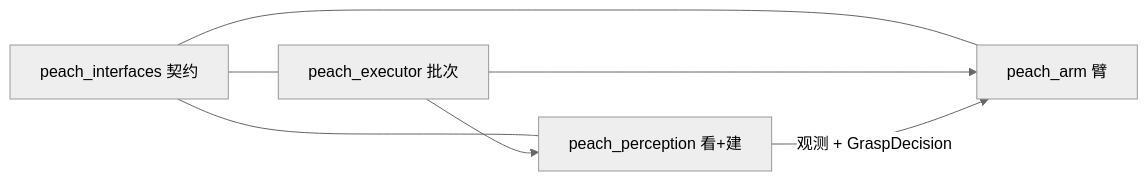
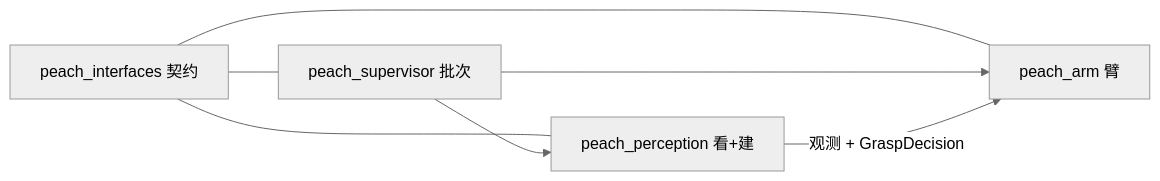
Before and after one commit to MUHAN11-c/aubo_boot: the seventh of 15 diagrams in docs/architecture.md, drawn with Mermaid (neutral theme). The commit also changed other lines of this file and 36 other files, not shown here.

First line of the commit message:
refactor(peach): 阶段6-3 节点改名 peach_executor→peach_supervisor（图名波）

````diff
--- a/docs/architecture.md
+++ b/docs/architecture.md
@@ -417,13 +417,13 @@
 ```mermaid
 flowchart LR
   iface["peach_interfaces 契约"]
   perc["peach_perception 看+建"]
   skills["peach_arm 臂"]
-  exe["peach_executor 批次"]
+  exe["peach_supervisor 批次"]
   iface --- perc
   iface --- skills
   iface --- exe
   exe --> perc
   exe --> skills
   perc -->|"观测 + GraspDecision"| skills
 ```
````
